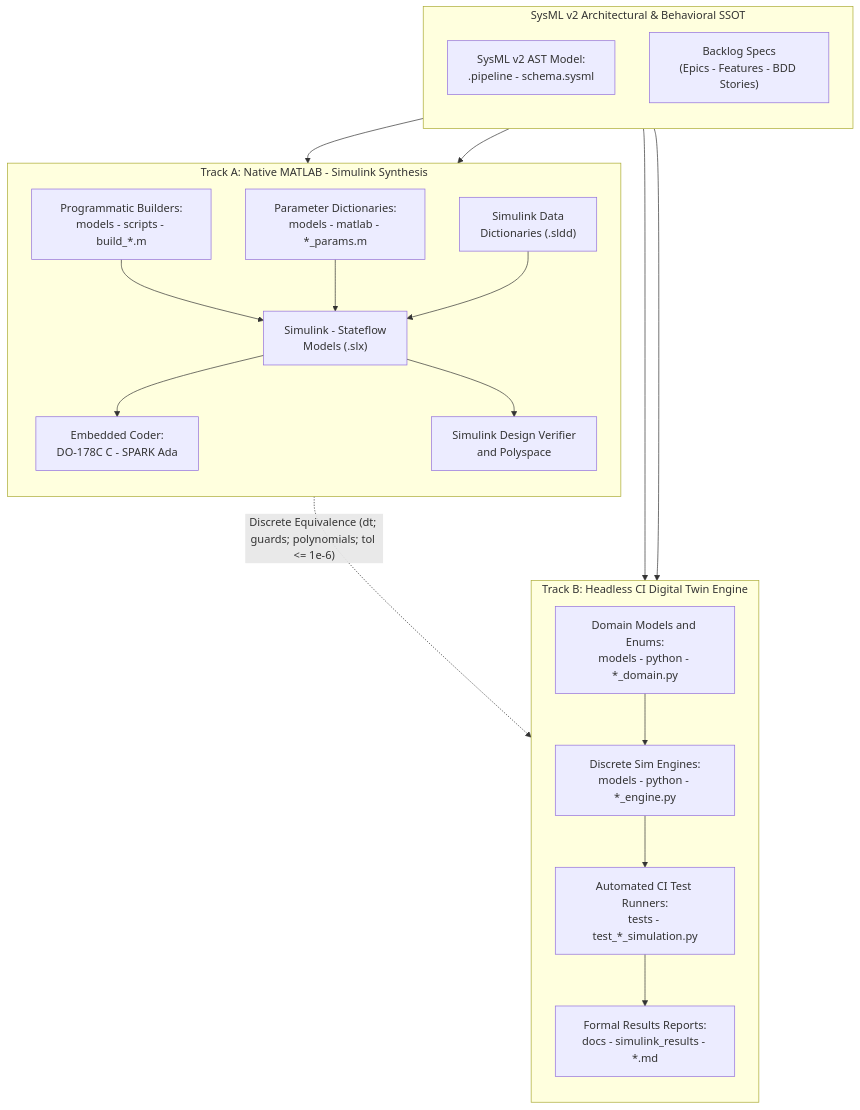
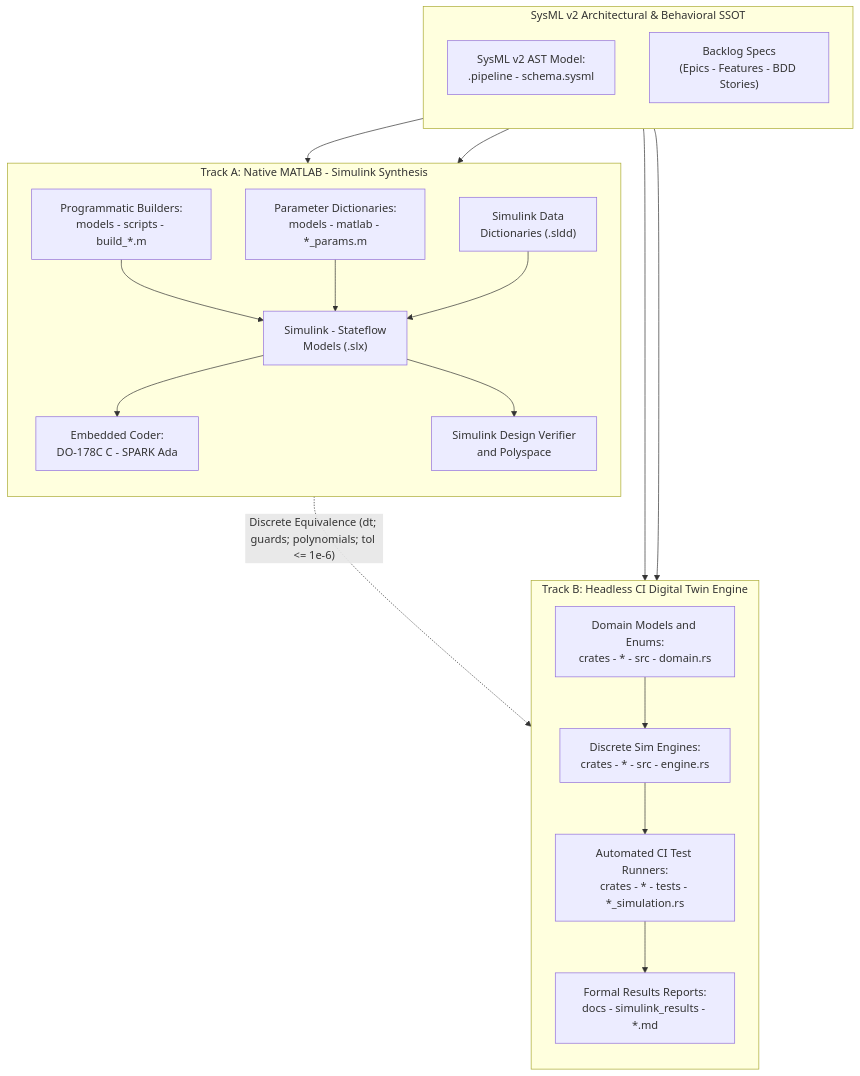
The diagram in rules/dual-track-mbd-verification.md (gintatkinson/DEAP-avionic-flight-safety), drawn with Mermaid before and after one commit. The commit also changed other lines of this file and 256 other files, not shown here.

````diff
--- a/rules/dual-track-mbd-verification.md
+++ b/rules/dual-track-mbd-verification.md
@@ -15,43 +15,43 @@
 ```mermaid
 flowchart TD
     subgraph SSOT["SysML v2 Architectural & Behavioral SSOT"]
         direction TB
         SYSML["SysML v2 AST Model:<br/>.pipeline - schema.sysml"]
         SPECS["Backlog Specs<br/>(Epics - Features - BDD Stories)"]
     end
 
     subgraph TrackA["Track A: Native MATLAB - Simulink Synthesis"]
         direction TB
         M_BUILD["Programmatic Builders:<br/>models - scripts - build_*.m"]
         M_PARAM["Parameter Dictionaries:<br/>models - matlab - *_params.m"]
         SLDD["Simulink Data<br/>Dictionaries (.sldd)"]
         SLX["Simulink - Stateflow<br/>Models (.slx)"]
         CODER["Embedded Coder:<br/>DO-178C C - SPARK Ada"]
         SLDV["Simulink Design Verifier<br/>and Polyspace"]
     end
 
     subgraph TrackB["Track B: Headless CI Digital Twin Engine"]
         direction TB
-        PY_DOMAIN["Domain Models and Enums:<br/>models - python - *_domain.py"]
-        PY_ENGINE["Discrete Sim Engines:<br/>models - python - *_engine.py"]
-        PY_TEST["Automated CI Test Runners:<br/>tests - test_*_simulation.py"]
+        RS_DOMAIN["Domain Models and Enums:<br/>crates - * - src - domain.rs"]
+        RS_ENGINE["Discrete Sim Engines:<br/>crates - * - src - engine.rs"]
+        RS_TEST["Automated CI Test Runners:<br/>crates - * - tests - *_simulation.rs"]
         CI_REPORT["Formal Results Reports:<br/>docs - simulink_results - *.md"]
     end
 
     SYSML --> M_BUILD
-    SYSML --> PY_DOMAIN
+    SYSML --> RS_DOMAIN
     SPECS --> M_PARAM
-    SPECS --> PY_ENGINE
+    SPECS --> RS_ENGINE
 
     M_BUILD --> SLX
     M_PARAM --> SLX
     SLDD --> SLX
     SLX --> CODER
     SLX --> SLDV
 
-    PY_DOMAIN --> PY_ENGINE
-    PY_ENGINE --> PY_TEST
-    PY_TEST --> CI_REPORT
+    RS_DOMAIN --> RS_ENGINE
+    RS_ENGINE --> RS_TEST
+    RS_TEST --> CI_REPORT
 
-    SLX -.->|"Discrete Equivalence (dt; guards; polynomials; tol <= 1e-6)"| PY_ENGINE
+    SLX -.->|"Discrete Equivalence (dt; guards; polynomials; tol <= 1e-6)"| RS_ENGINE
 ```
````
